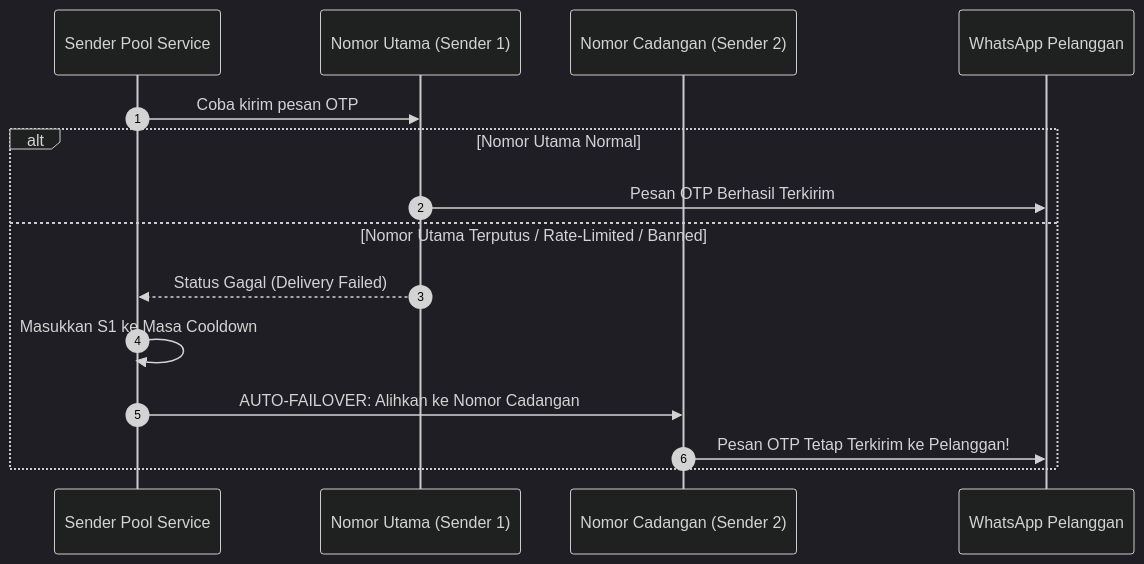
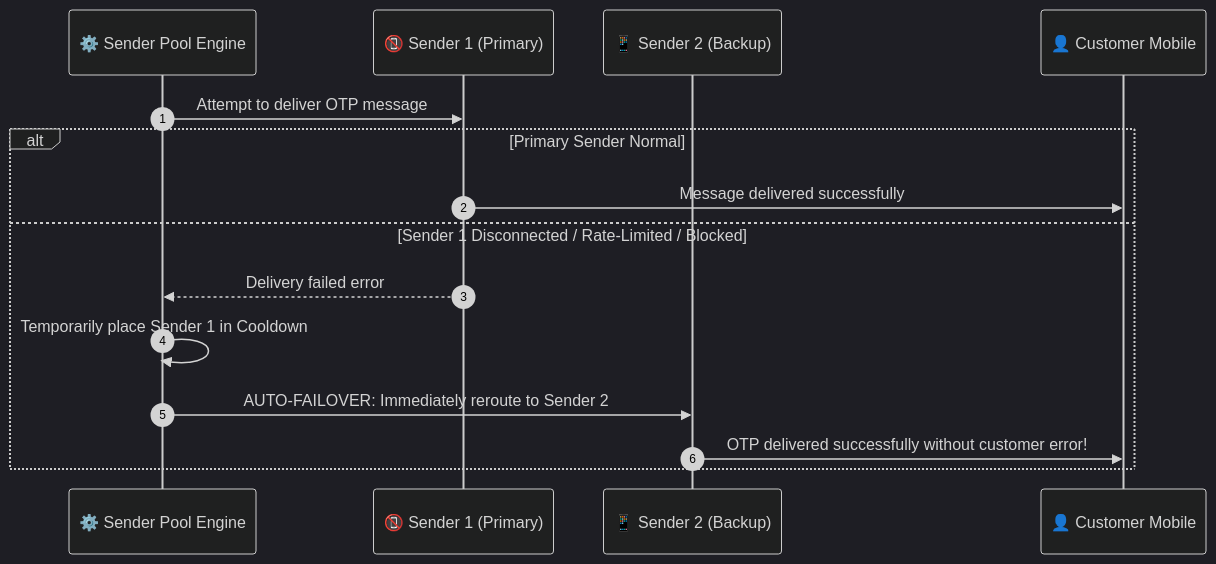
The third of 4 diagrams in README.md (billi-panca-wijaya/wa-gateway), drawn with Mermaid (dark theme) before and after one commit. The commit also changed other lines of this file and 1 other file, not shown here.

````diff
--- a/README.md
+++ b/README.md
@@ -113,18 +119,18 @@
 ```mermaid
 sequenceDiagram
     autonumber
-    participant Laravel as Sender Pool Service
-    participant S1 as Nomor Utama (Sender 1)
-    participant S2 as Nomor Cadangan (Sender 2)
-    participant Pelanggan as WhatsApp Pelanggan
+    participant Engine as ⚙️ Sender Pool Engine
+    participant S1 as 📵 Sender 1 (Primary)
+    participant S2 as 📱 Sender 2 (Backup)
+    participant Customer as 👤 Customer Mobile
 
-    Laravel->>S1: Coba kirim pesan OTP
-    alt Nomor Utama Normal
-        S1->>Pelanggan: Pesan OTP Berhasil Terkirim
-    else Nomor Utama Terputus / Rate-Limited / Banned
-        S1-->>Laravel: Status Gagal (Delivery Failed)
-        Laravel->>Laravel: Masukkan S1 ke Masa Cooldown
-        Laravel->>S2: AUTO-FAILOVER: Alihkan ke Nomor Cadangan
-        S2->>Pelanggan: Pesan OTP Tetap Terkirim ke Pelanggan!
+    Engine->>S1: Attempt to deliver OTP message
+    alt Primary Sender Normal
+        S1->>Customer: Message delivered successfully
+    else Sender 1 Disconnected / Rate-Limited / Blocked
+        S1-->>Engine: Delivery failed error
+        Engine->>Engine: Temporarily place Sender 1 in Cooldown
+        Engine->>S2: AUTO-FAILOVER: Immediately reroute to Sender 2
+        S2->>Customer: OTP delivered successfully without customer error!
     end
 ```
````
